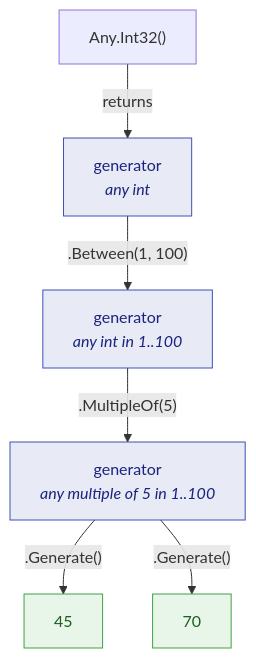
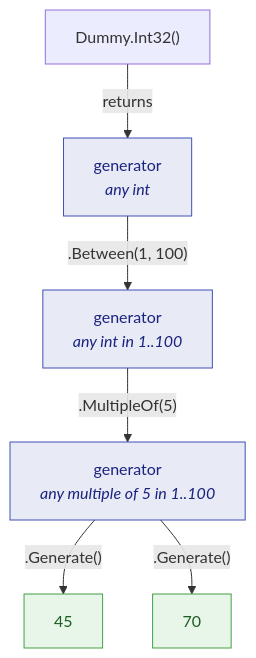
The first of 2 diagrams in doc/handwritten/for-users/guides/core-concepts.en.md (Reefact/just-dummies), drawn with Mermaid before and after one commit. The commit also changed other lines of this file and 755 other files, not shown here.

````diff
--- a/doc/handwritten/for-users/guides/core-concepts.en.md
+++ b/doc/handwritten/for-users/guides/core-concepts.en.md
@@ -34,15 +34,15 @@
 ```mermaid
 flowchart TD
     accTitle: Why a generator is a recipe rather than a value
-    accDescr: Any.Int32() returns a generator of any int. Between(1, 100) returns a further generator, and MultipleOf(5) another again. Calling Generate() twice on that last generator yields two different values, 45 and 70.
-    F["Any.Int32()"] -->|"returns"| G1["generator<br/><i>any int</i>"]
+    accDescr: Dummy.Int32() returns a generator of any int. Between(1, 100) returns a further generator, and MultipleOf(5) another again. Calling Generate() twice on that last generator yields two different values, 45 and 70.
+    F["Dummy.Int32()"] -->|"returns"| G1["generator<br/><i>any int</i>"]
     G1 -->|".Between(1, 100)"| G2["generator<br/><i>any int in 1..100</i>"]
     G2 -->|".MultipleOf(5)"| G3["generator<br/><i>any multiple of 5 in 1..100</i>"]
     G3 -->|".Generate()"| V["45"]
     G3 -->|".Generate()"| V2["70"]
     style G1 fill:#e8eaf6,stroke:#3f51b5,color:#1a237e
     style G2 fill:#e8eaf6,stroke:#3f51b5,color:#1a237e
     style G3 fill:#e8eaf6,stroke:#3f51b5,color:#1a237e
     style V fill:#e8f5e9,stroke:#43a047,color:#1b5e20
     style V2 fill:#e8f5e9,stroke:#43a047,color:#1b5e20
 ```
````
